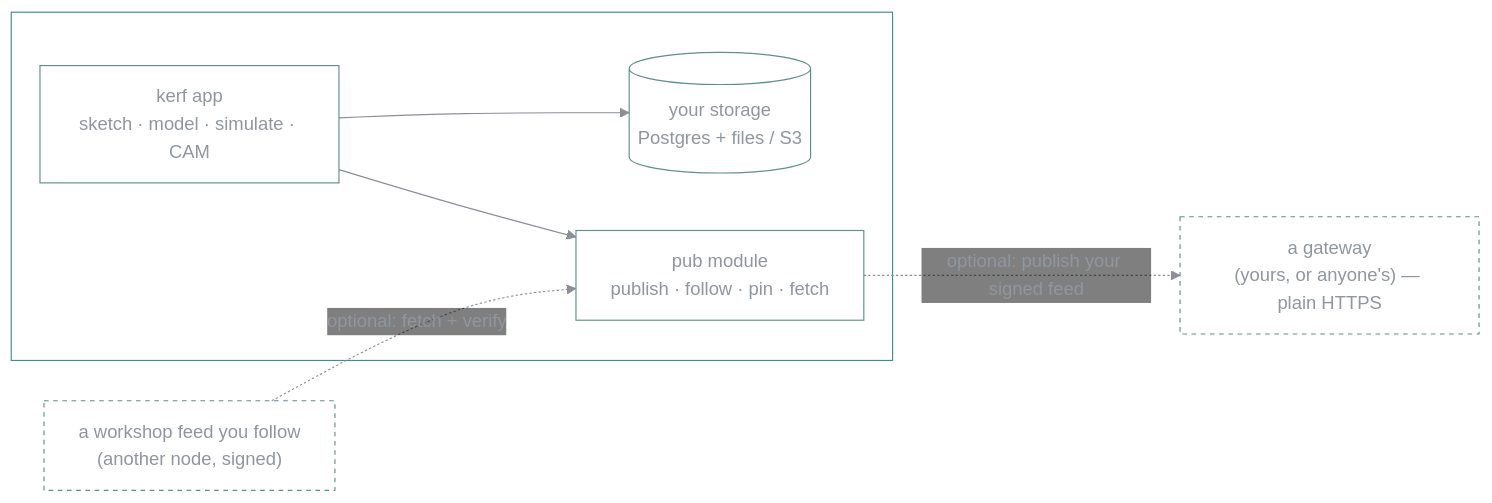
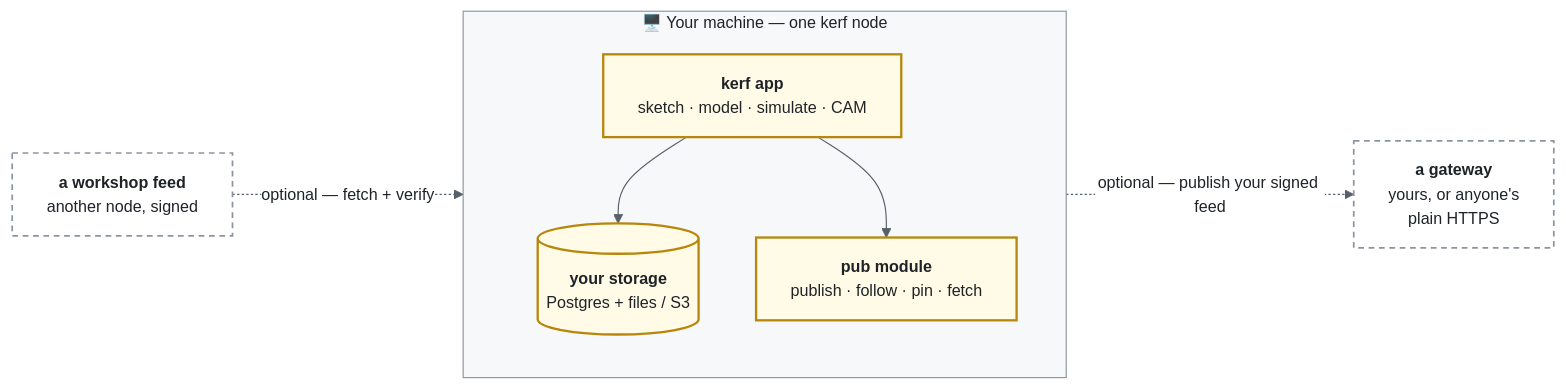
One commit to vul-os/kerf changed the diagram in README.md. Above: the diagram before and after it, drawn with Mermaid. The commit also changed other lines of this file and 64 other files, not shown here.

First line of the commit message:
parity + README: two-column hero, legible mermaid, drop the parity screenshot

````diff
--- a/README.md
+++ b/README.md
@@ -170,16 +166,36 @@
 ```mermaid
-%%{init: {'theme':'base','themeVariables':{'fontFamily':'ui-monospace, SFMono-Regular, Menlo, monospace','primaryColor':'transparent','primaryBorderColor':'#14b8a6','primaryTextColor':'#8f969e','lineColor':'#8a8f98','nodeBorder':'#5f8f8a','edgeLabelBackground':'transparent','clusterBorder':'#3f8f86','clusterBkg':'transparent'}}}%%
+%%{init: {'theme':'base','themeVariables':{
+  'fontFamily':'ui-monospace, SFMono-Regular, Menlo, monospace',
+  'fontSize':'14px',
+  'primaryColor':'#fffbe6',
+  'primaryTextColor':'#1f2328',
+  'primaryBorderColor':'#b8860b',
+  'lineColor':'#57606a',
+  'tertiaryColor':'#f6f8fa',
+  'tertiaryTextColor':'#1f2328',
+  'tertiaryBorderColor':'#57606a',
+  'clusterBkg':'#f6f8fa',
+  'clusterBorder':'#8c959f',
+  'edgeLabelBackground':'#ffffff'
+}}}%%
 flowchart LR
-  subgraph Node["Your machine — one kerf node"]
-    App["kerf app<br/>sketch · model · simulate · CAM"]
-    Store[("your storage<br/>Postgres + files / S3")]
-    Pub["pub module<br/>publish · follow · pin · fetch"]
+  subgraph Node["🖥️  Your machine — one kerf node"]
+    direction TB
+    App["<b>kerf app</b><br/>sketch · model · simulate · CAM"]
+    Store[("<b>your storage</b><br/>Postgres + files / S3")]
+    Pub["<b>pub module</b><br/>publish · follow · pin · fetch"]
     App --> Store
     App --> Pub
   end
-  Pub -. "optional: publish your signed feed" .-> GW["a gateway<br/>(yours, or anyone's) — plain HTTPS"]
-  Feed["a workshop feed you follow<br/>(another node, signed)"] -. "optional: fetch + verify" .-> Pub
 
-  classDef optional stroke-dasharray: 4 4;
-  class GW,Feed optional;
+  GW["<b>a gateway</b><br/>yours, or anyone's<br/>plain HTTPS"]
+  Feed["<b>a workshop feed</b><br/>another node, signed"]
+
+  Pub -. "optional — publish your signed feed" .-> GW
+  Feed -. "optional — fetch + verify" .-> Pub
+
+  classDef core fill:#fffbe6,stroke:#b8860b,stroke-width:2px,color:#1f2328;
+  classDef outside fill:#ffffff,stroke:#8c959f,stroke-width:1.5px,stroke-dasharray:5 4,color:#1f2328;
+  class App,Store,Pub core;
+  class GW,Feed outside;
 ```
````
